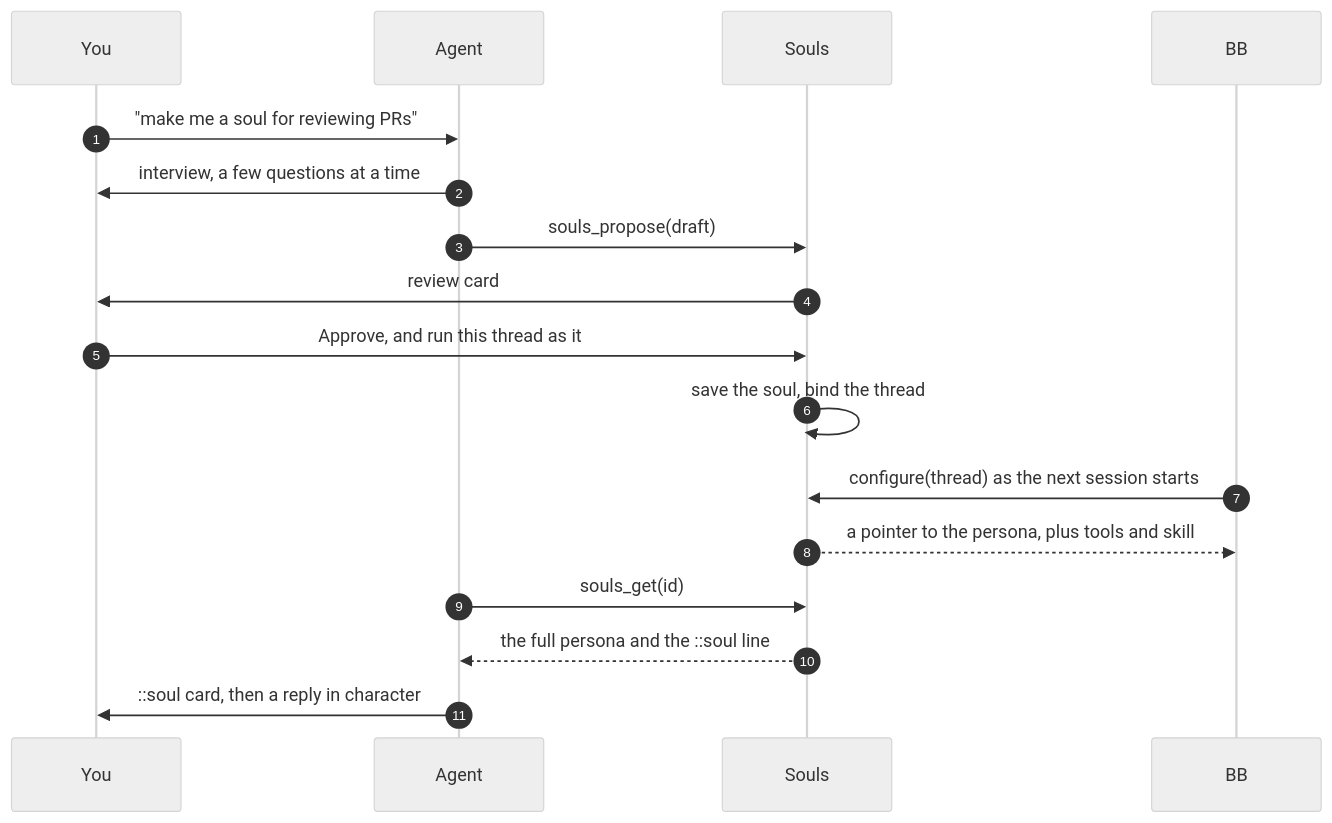
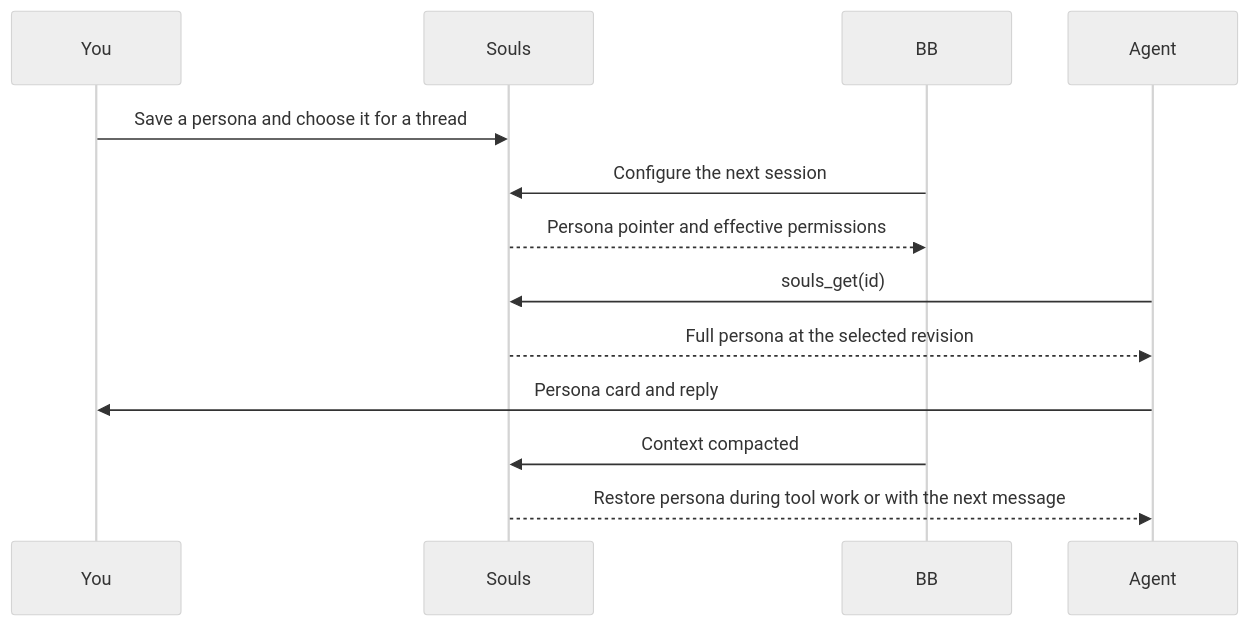
One commit to MacHatter1/bb-plugin-souls changed the diagram in README.md. Above: the diagram before and after it, drawn with Mermaid (neutral theme). The commit also changed other lines of this file and 9 other files, not shown here.

````diff
--- a/README.md
+++ b/README.md
@@ -305,20 +184,15 @@
 ```mermaid
 sequenceDiagram
-    autonumber
     participant You
-    participant Agent
     participant Souls
     participant BB
-
-    You->>Agent: "make me a soul for reviewing PRs"
-    Agent->>You: interview, a few questions at a time
-    Agent->>Souls: souls_propose(draft)
-    Souls->>You: review card
-    You->>Souls: Approve, and run this thread as it
-    Souls->>Souls: save the soul, bind the thread
-    BB->>Souls: configure(thread) as the next session starts
-    Souls-->>BB: a pointer to the persona, plus tools and skill
+    participant Agent
+    You->>Souls: Save a persona and choose it for a thread
+    BB->>Souls: Configure the next session
+    Souls-->>BB: Persona pointer and effective permissions
     Agent->>Souls: souls_get(id)
-    Souls-->>Agent: the full persona and the ::soul line
-    Agent->>You: ::soul card, then a reply in character
+    Souls-->>Agent: Full persona at the selected revision
+    Agent->>You: Persona card and reply
+    BB->>Souls: Context compacted
+    Souls-->>Agent: Restore persona during tool work or with the next message
 ```
````
